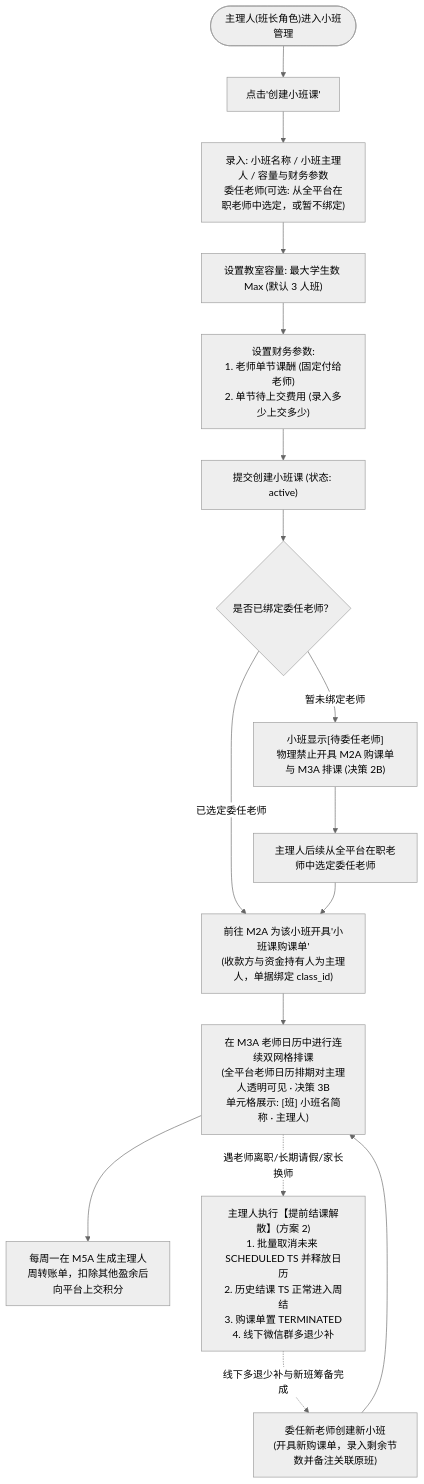
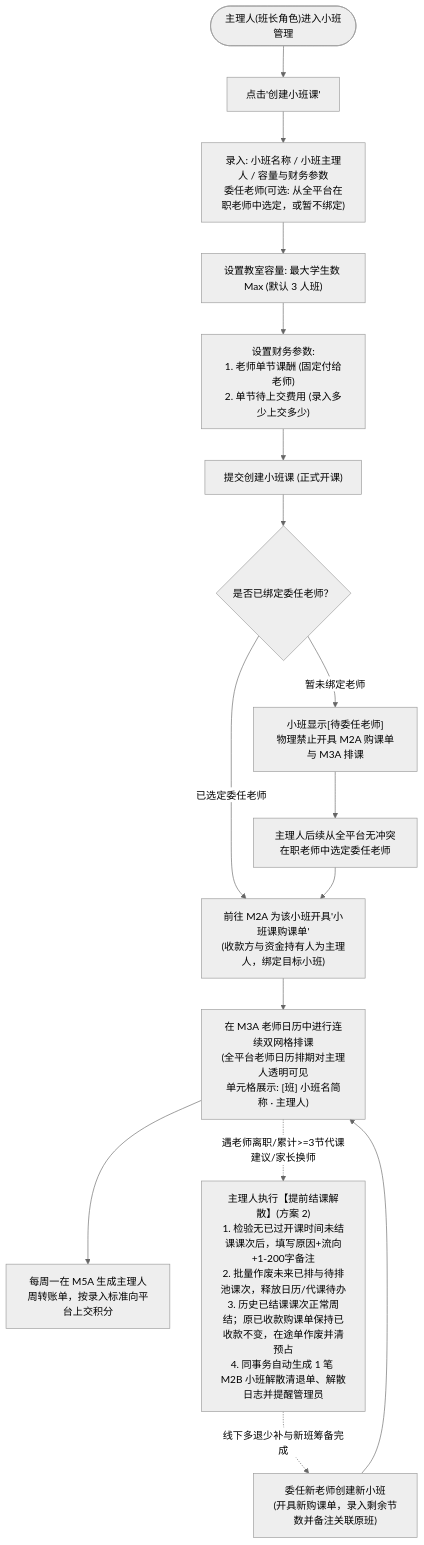
One commit to Onezao/dream changed the first of 2 diagrams in docs/prd/m1c_classes.md. Above: the diagram before and after it, drawn with Mermaid (neutral theme). The commit also changed other lines of this file and 38 other files, not shown here.

````diff
--- a/docs/prd/m1c_classes.md
+++ b/docs/prd/m1c_classes.md
@@ -51,22 +51,22 @@
 ```mermaid
 flowchart TD
     Start(["主理人(班长角色)进入小班管理"]) --> CreateClick["点击'创建小班课'"]
     CreateClick --> InputConfig["录入: 小班名称 / 小班主理人 / 容量与财务参数\n委任老师(可选: 从全平台在职老师中选定，或暂不绑定)"]
     InputConfig --> SetCapacity["设置教室容量: 最大学生数 Max (默认 3 人班)"]
     SetCapacity --> SetFinance["设置财务参数:\n1. 老师单节课酬 (固定付给老师)\n2. 单节待上交费用 (录入多少上交多少)"]
     
-    SetFinance --> SubmitClass["提交创建小班课 (状态: active)"]
+    SetFinance --> SubmitClass["提交创建小班课 (正式开课)"]
     SubmitClass --> CheckTeacherBound{"是否已绑定委任老师？"}
     
-    CheckTeacherBound -- "暂未绑定老师" --> BlockOrderAndSched["小班显示[待委任老师]\n物理禁止开具 M2A 购课单与 M3A 排课 (决策 2B)"]
-    BlockOrderAndSched --> AppointLater["主理人后续从全平台在职老师中选定委任老师"]
+    CheckTeacherBound -- "暂未绑定老师" --> BlockOrderAndSched["小班显示[待委任老师]\n物理禁止开具 M2A 购课单与 M3A 排课"]
+    BlockOrderAndSched --> AppointLater["主理人后续从全平台无冲突在职老师中选定委任老师"]
     
-    CheckTeacherBound -- "已选定委任老师" --> PurchaseOrder["前往 M2A 为该小班开具'小班课购课单'\n(收款方与资金持有人为主理人，单据绑定 class_id)"]
+    CheckTeacherBound -- "已选定委任老师" --> PurchaseOrder["前往 M2A 为该小班开具'小班课购课单'\n(收款方与资金持有人为主理人，绑定目标小班)"]
     AppointLater --> PurchaseOrder
-    PurchaseOrder --> ScheduleCalendar["在 M3A 老师日历中进行连续双网格排课\n(全平台老师日历排期对主理人透明可见 · 决策 3B\n单元格展示: [班] 小班名简称 · 主理人)"]
-    ScheduleCalendar --> WeeklySettlement["每周一在 M5A 生成主理人周转账单，扣除其他盈余后向平台上交积分"]
+    PurchaseOrder --> ScheduleCalendar["在 M3A 老师日历中进行连续双网格排课\n(全平台老师日历排期对主理人透明可见\n单元格展示: [班] 小班名简称 · 主理人)"]
+    ScheduleCalendar --> WeeklySettlement["每周一在 M5A 生成主理人周转账单，按录入标准向平台上交积分"]
     
-    ScheduleCalendar -. "遇老师离职/长期请假/家长换师" .-> EarlyTerm["主理人执行【提前结课解散】(方案 2)\n1. 批量取消未来 SCHEDULED TS 并释放日历\n2. 历史结课 TS 正常进入周结\n3. 购课单置 TERMINATED\n4. 线下微信群多退少补"]
+    ScheduleCalendar -. "遇老师离职/累计>=3节代课建议/家长换师" .-> EarlyTerm["主理人执行【提前结课解散】(方案 2)\n1. 检验无已过开课时间未结课课次后，填写原因+流向+1-200字备注\n2. 批量作废未来已排与待排池课次，释放日历/代课待办\n3. 历史已结课课次正常周结；原已收款购课单保持已收款不变，在途单作废并清预占\n4. 同事务自动生成 1 笔 M2B 小班解散清退单、解散日志并提醒管理员"]
     EarlyTerm -. "线下多退少补与新班筹备完成" .-> CreateNewClass["委任新老师创建新小班\n(开具新购课单，录入剩余节数并备注关联原班)"]
     CreateNewClass --> ScheduleCalendar
 ```
````
